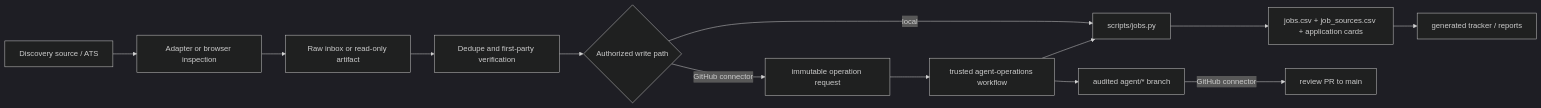
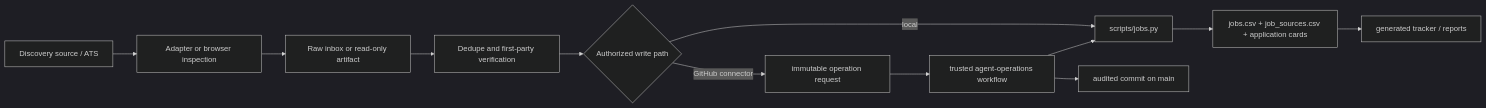
Before and after one commit to stupidkubik/job-searcher: the diagram in docs/current-architecture.md, drawn with Mermaid (dark theme). The commit also changed other lines of this file and 7 other files, not shown here.

Commit message:
ops: route connector operations through main

````diff
--- a/docs/current-architecture.md
+++ b/docs/current-architecture.md
@@ -25,15 +25,14 @@
 ```mermaid
 flowchart LR
     D["Discovery source / ATS"] --> A["Adapter or browser inspection"]
     A --> R["Raw inbox or read-only artifact"]
     R --> V["Dedupe and first-party verification"]
     V --> W{"Authorized write path"}
     W -->|local| J["scripts/jobs.py"]
     W -->|GitHub connector| Q["immutable operation request"]
     Q --> G["trusted agent-operations workflow"]
     G --> J
-    G --> B["audited agent/* branch"]
-    B -->|GitHub connector| P["review PR to main"]
+    G --> B["audited commit on main"]
     J --> C["jobs.csv + job_sources.csv + application cards"]
     C --> T["generated tracker / reports"]
 ```
````
